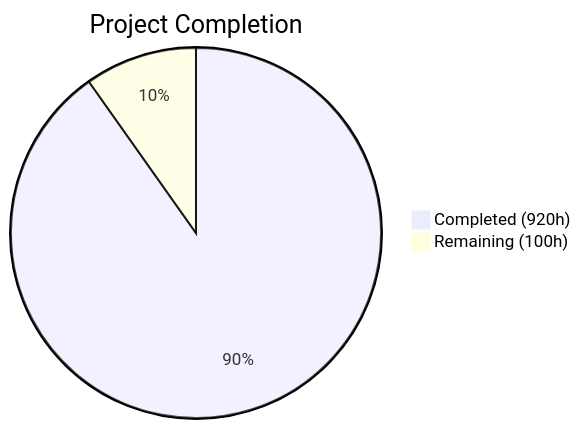
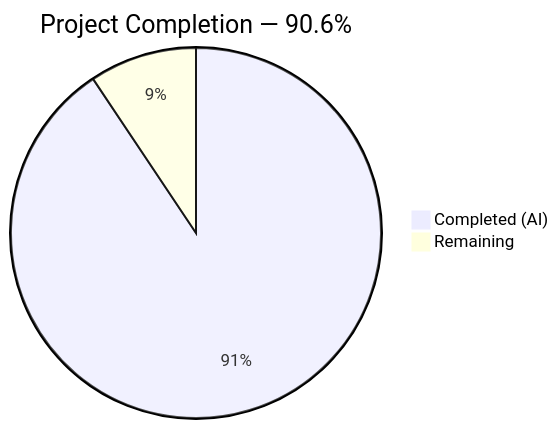
Before and after one commit to Blitzy-Sandbox/blitzy-bluez: the first of 2 diagrams in blitzy/documentation/Project Guide.md, drawn with Mermaid. The commit also changed other lines of this file, not shown here.

Commit message:
Adding Blitzy Project Guide: Project Status and Human Tasks Remaining

````diff
--- a/blitzy/documentation/Project Guide.md
+++ b/blitzy/documentation/Project Guide.md
@@ -13,5 +13,5 @@
 ```mermaid
-pie title Project Completion
-    "Completed (920h)" : 920
-    "Remaining (100h)" : 100
+pie title Project Completion — 90.6%
+    "Completed (AI)" : 1160
+    "Remaining" : 120
 ```
````
